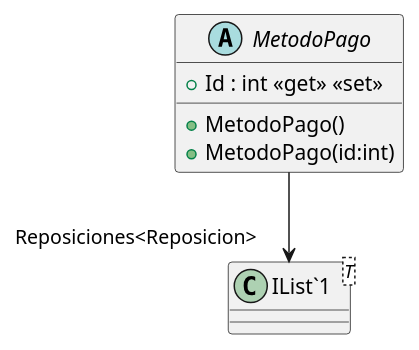
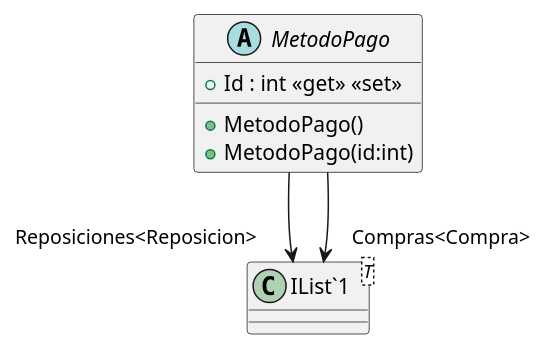
One commit to ISII2627LosGremlins/ISII2627LosGremlins changed the diagram in src/AppForSEII.API/ClassDiagram/MetodoPago.puml. Above: the diagram before and after it, drawn with PlantUML. The commit also changed 1 other file, not shown here.

```diff
--- a/src/AppForSEII.API/ClassDiagram/MetodoPago.puml
+++ b/src/AppForSEII.API/ClassDiagram/MetodoPago.puml
@@ -1,10 +1,11 @@
 @startuml
 abstract class MetodoPago {
     + MetodoPago()
     + MetodoPago(id:int)
     + Id : int <<get>> <<set>>
 }
 class "IList`1"<T> {
 }
 MetodoPago --> "Reposiciones<Reposicion>" "IList`1"
+MetodoPago --> "Compras<Compra>" "IList`1"
 @enduml
```
